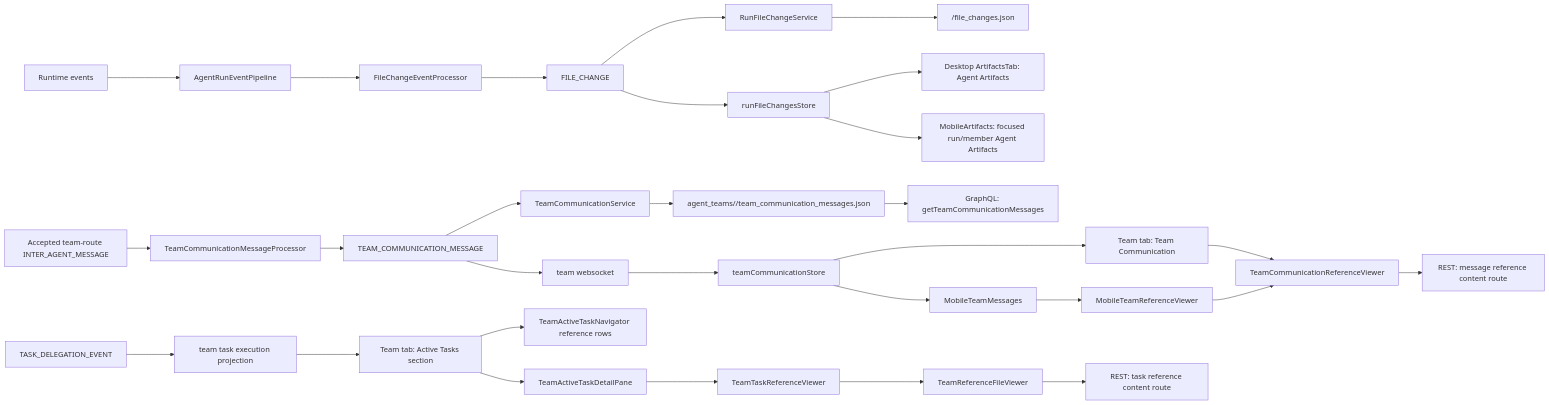
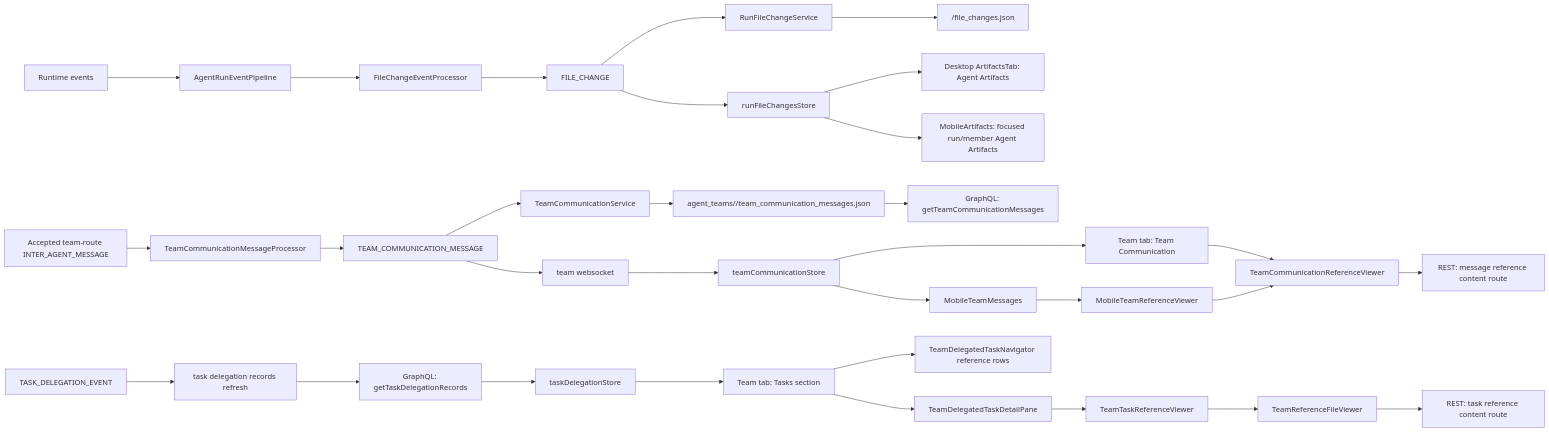
The diagram in autobyteus-web/docs/agent_artifacts.md (AutoByteus/autobyteus-workspace), drawn with Mermaid before and after one commit. The commit also changed other lines of this file and 85 other files, not shown here.

Commit message:
feat(task-delegation): persist delegated task records

````diff
--- a/autobyteus-web/docs/agent_artifacts.md
+++ b/autobyteus-web/docs/agent_artifacts.md
@@ -185,33 +188,35 @@
 ```mermaid
 flowchart LR
   A[Runtime events] --> B[AgentRunEventPipeline]
   B --> C[FileChangeEventProcessor]
   C --> D[FILE_CHANGE]
   D --> E[RunFileChangeService]
   E --> F[<run-memory-dir>/file_changes.json]
   D --> G[runFileChangesStore]
   G --> H[Desktop ArtifactsTab: Agent Artifacts]
   G --> U[MobileArtifacts: focused run/member Agent Artifacts]
 
   I[Accepted team-route INTER_AGENT_MESSAGE] --> J[TeamCommunicationMessageProcessor]
   J --> K[TEAM_COMMUNICATION_MESSAGE]
   K --> L[TeamCommunicationService]
   L --> N[agent_teams/<teamRunId>/team_communication_messages.json]
   K --> M[team websocket]
   M --> P[teamCommunicationStore]
   N --> O[GraphQL: getTeamCommunicationMessages]
   P --> R[Team tab: Team Communication]
   R --> S[TeamCommunicationReferenceViewer]
   S --> T[REST: message reference content route]
   P --> V[MobileTeamMessages]
   V --> W[MobileTeamReferenceViewer]
   W --> S
 
-  X[TASK_DELEGATION_EVENT] --> Y[team task execution projection]
-  Y --> Z[Team tab: Active Tasks section]
-  Z --> ZA[TeamActiveTaskNavigator reference rows]
-  Z --> AA[TeamActiveTaskDetailPane]
+  X[TASK_DELEGATION_EVENT] --> Y[task delegation records refresh]
+  Y --> YA[GraphQL: getTaskDelegationRecords]
+  YA --> YB[taskDelegationStore]
+  YB --> Z[Team tab: Tasks section]
+  Z --> ZA[TeamDelegatedTaskNavigator reference rows]
+  Z --> AA[TeamDelegatedTaskDetailPane]
   AA --> AB[TeamTaskReferenceViewer]
   AB --> AC[TeamReferenceFileViewer]
   AC --> AD[REST: task reference content route]
 ```
````
